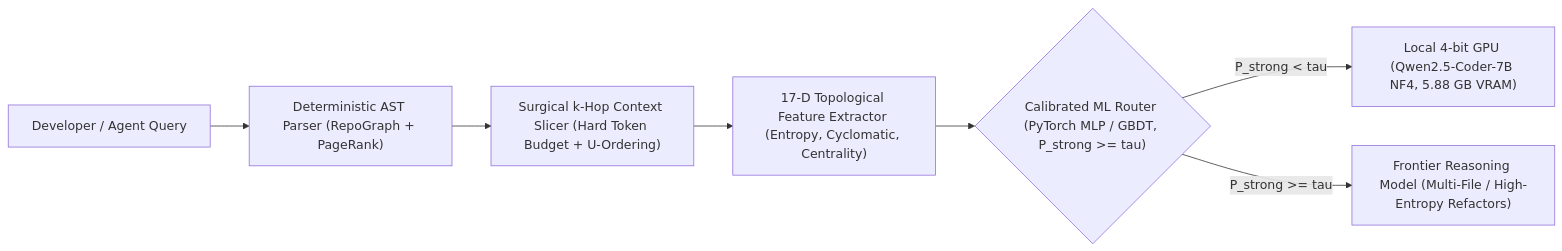
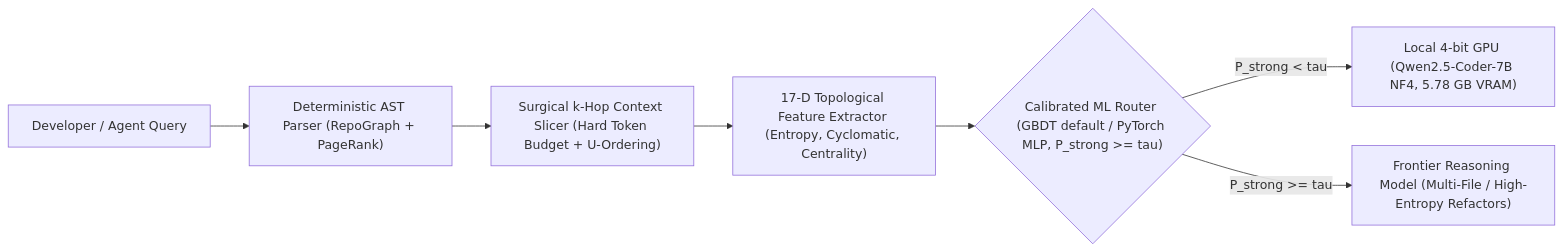
Before and after one commit to maykonlincolnusa/OccamRoute: the diagram in README.md, drawn with Mermaid. The commit also changed other lines of this file and 20 other files, not shown here.

Commit message:
feat(v2): L4 empirical multi-repo retraining, GBDT default router (LORO AUC 0.941), httpx re-benchmark

````diff
--- a/README.md
+++ b/README.md
@@ -18,9 +18,9 @@
 ```mermaid
 flowchart LR
     Q["Developer / Agent Query"] --> AST["Deterministic AST Parser (RepoGraph + PageRank)"]
     AST --> Slice["Surgical k-Hop Context Slicer (Hard Token Budget + U-Ordering)"]
     Slice --> Feat["17-D Topological Feature Extractor (Entropy, Cyclomatic, Centrality)"]
-    Feat --> Router{"Calibrated ML Router (PyTorch MLP / GBDT, P_strong >= tau)"}
-    Router -- "P_strong < tau" --> Weak["Local 4-bit GPU (Qwen2.5-Coder-7B NF4, 5.88 GB VRAM)"]
+    Feat --> Router{"Calibrated ML Router (GBDT default / PyTorch MLP, P_strong >= tau)"}
+    Router -- "P_strong < tau" --> Weak["Local 4-bit GPU (Qwen2.5-Coder-7B NF4, 5.78 GB VRAM)"]
     Router -- "P_strong >= tau" --> Strong["Frontier Reasoning Model (Multi-File / High-Entropy Refactors)"]
 ```
````
